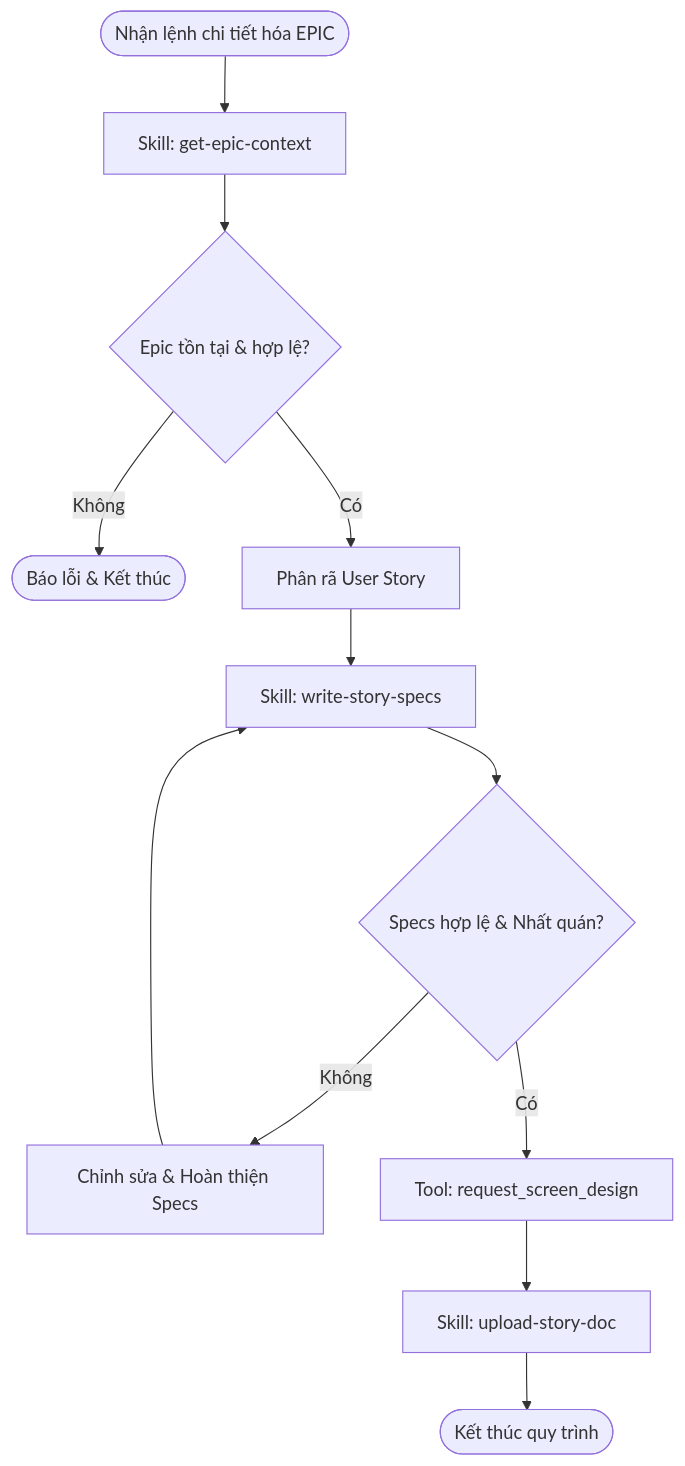
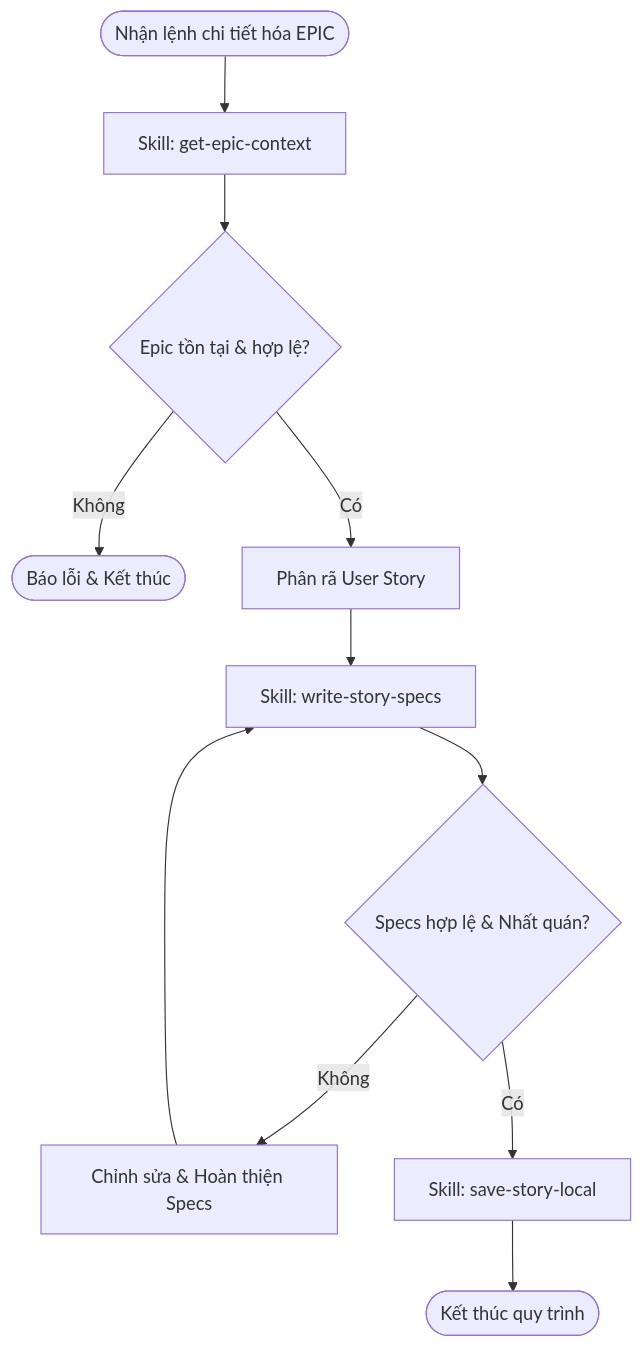
Before and after one commit to phongdh04/docs-for-codex-hackerthon-: the diagram in lina-senior-ba/.agents/workflows/epic-detailing.md, drawn with Mermaid. The commit also changed other lines of this file and 21 other files, not shown here.

````diff
--- a/lina-senior-ba/.agents/workflows/epic-detailing.md
+++ b/lina-senior-ba/.agents/workflows/epic-detailing.md
@@ -12,17 +12,16 @@
 ```mermaid
 flowchart TD
   Start([Nhận lệnh chi tiết hóa EPIC]) --> GetEpicContext[Skill: get-epic-context]
   GetEpicContext --> CheckEpic{Epic tồn tại & hợp lệ?}
   CheckEpic -->|Không| ErrorEnd([Báo lỗi & Kết thúc])
   CheckEpic -->|Có| BreakStory[Phân rã User Story]
   
   BreakStory --> WriteSpecs[Skill: write-story-specs]
   WriteSpecs --> CheckSpecs{Specs hợp lệ & Nhất quán?}
   
   CheckSpecs -->|Không| RefineSpecs[Chỉnh sửa & Hoàn thiện Specs]
   RefineSpecs --> WriteSpecs
   
-  CheckSpecs -->|Có| RequestDesign[Tool: request_screen_design]
-  RequestDesign --> UploadStory[Skill: upload-story-doc]
-  UploadStory --> End([Kết thúc quy trình])
+  CheckSpecs -->|Có| SaveStory[Skill: save-story-local]
+  SaveStory --> End([Kết thúc quy trình])
 ```
````
